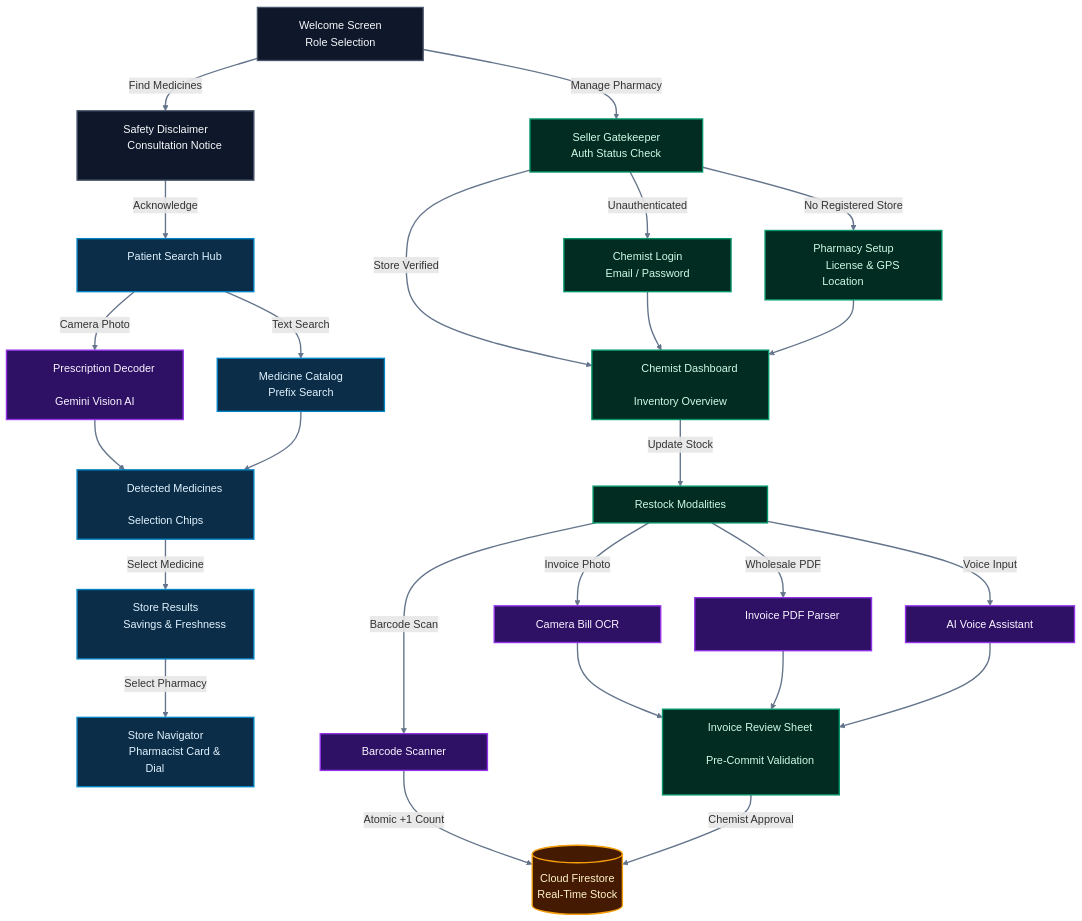
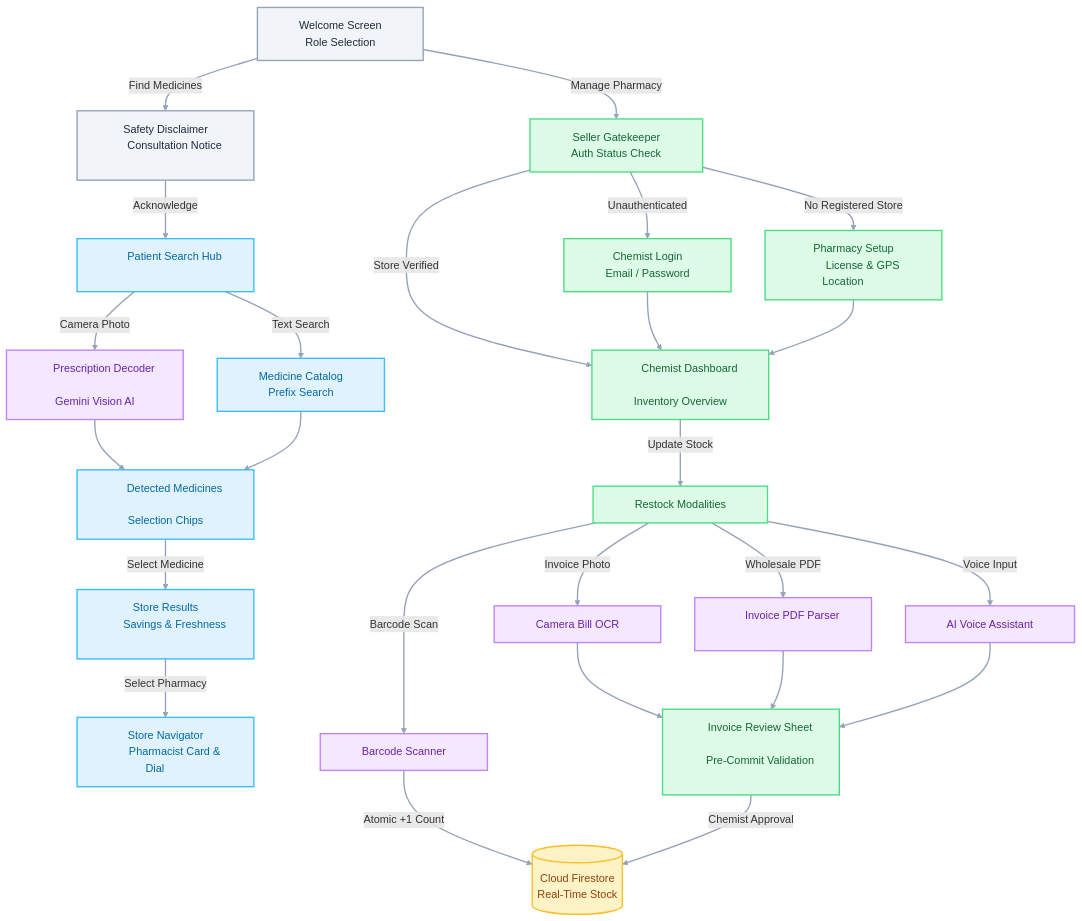
Before and after one commit to Parth-Chavan-15/MedSetu-TechSprint: the sixth of 6 diagrams in README.md, drawn with Mermaid. The commit also changed other lines of this file, not shown here.

Commit message:
style: apply soft pastel palettes across all diagrams and wrap large flowcharts in expandable details blocks

````diff
--- a/README.md
+++ b/README.md
@@ -394,47 +406,47 @@
 ```mermaid
 flowchart TD
     WELCOME["&nbsp;&nbsp;&nbsp;&nbsp;&nbsp;&nbsp; Welcome Screen &nbsp;&nbsp;&nbsp;&nbsp;&nbsp;&nbsp;<br/>&nbsp;&nbsp;&nbsp;&nbsp;&nbsp;&nbsp; Role Selection &nbsp;&nbsp;&nbsp;&nbsp;&nbsp;&nbsp;"] -->|Find Medicines| MODAL["&nbsp;&nbsp;&nbsp;&nbsp;&nbsp;&nbsp; Safety Disclaimer &nbsp;&nbsp;&nbsp;&nbsp;&nbsp;&nbsp;<br/>&nbsp;&nbsp;&nbsp;&nbsp;&nbsp;&nbsp; Consultation Notice &nbsp;&nbsp;&nbsp;&nbsp;&nbsp;&nbsp;"]
     WELCOME -->|Manage Pharmacy| GATE["&nbsp;&nbsp;&nbsp;&nbsp;&nbsp;&nbsp; Seller Gatekeeper &nbsp;&nbsp;&nbsp;&nbsp;&nbsp;&nbsp;<br/>&nbsp;&nbsp;&nbsp;&nbsp;&nbsp;&nbsp; Auth Status Check &nbsp;&nbsp;&nbsp;&nbsp;&nbsp;&nbsp;"]
 
     MODAL -->|Acknowledge| PS_HUB["&nbsp;&nbsp;&nbsp;&nbsp;&nbsp;&nbsp; Patient Search Hub &nbsp;&nbsp;&nbsp;&nbsp;&nbsp;&nbsp;"]
     PS_HUB -->|Camera Photo| RX_DEC["&nbsp;&nbsp;&nbsp;&nbsp;&nbsp;&nbsp; Prescription Decoder &nbsp;&nbsp;&nbsp;&nbsp;&nbsp;&nbsp;<br/>&nbsp;&nbsp;&nbsp;&nbsp;&nbsp;&nbsp; Gemini Vision AI &nbsp;&nbsp;&nbsp;&nbsp;&nbsp;&nbsp;"]
     PS_HUB -->|Text Search| TXT_MATCH["&nbsp;&nbsp;&nbsp;&nbsp;&nbsp;&nbsp; Medicine Catalog &nbsp;&nbsp;&nbsp;&nbsp;&nbsp;&nbsp;<br/>&nbsp;&nbsp;&nbsp;&nbsp;&nbsp;&nbsp; Prefix Search &nbsp;&nbsp;&nbsp;&nbsp;&nbsp;&nbsp;"]
     RX_DEC --> CHIPS["&nbsp;&nbsp;&nbsp;&nbsp;&nbsp;&nbsp; Detected Medicines &nbsp;&nbsp;&nbsp;&nbsp;&nbsp;&nbsp;<br/>&nbsp;&nbsp;&nbsp;&nbsp;&nbsp;&nbsp; Selection Chips &nbsp;&nbsp;&nbsp;&nbsp;&nbsp;&nbsp;"]
     TXT_MATCH --> CHIPS
 
     CHIPS -->|Select Medicine| RESULTS["&nbsp;&nbsp;&nbsp;&nbsp;&nbsp;&nbsp; Store Results &nbsp;&nbsp;&nbsp;&nbsp;&nbsp;&nbsp;<br/>&nbsp;&nbsp;&nbsp;&nbsp;&nbsp;&nbsp; Savings & Freshness &nbsp;&nbsp;&nbsp;&nbsp;&nbsp;&nbsp;"]
     RESULTS -->|Select Pharmacy| NAV["&nbsp;&nbsp;&nbsp;&nbsp;&nbsp;&nbsp; Store Navigator &nbsp;&nbsp;&nbsp;&nbsp;&nbsp;&nbsp;<br/>&nbsp;&nbsp;&nbsp;&nbsp;&nbsp;&nbsp; Pharmacist Card & Dial &nbsp;&nbsp;&nbsp;&nbsp;&nbsp;&nbsp;"]
 
     GATE -->|Unauthenticated| LOGIN["&nbsp;&nbsp;&nbsp;&nbsp;&nbsp;&nbsp; Chemist Login &nbsp;&nbsp;&nbsp;&nbsp;&nbsp;&nbsp;<br/>&nbsp;&nbsp;&nbsp;&nbsp;&nbsp;&nbsp; Email / Password &nbsp;&nbsp;&nbsp;&nbsp;&nbsp;&nbsp;"]
     GATE -->|No Registered Store| REG["&nbsp;&nbsp;&nbsp;&nbsp;&nbsp;&nbsp; Pharmacy Setup &nbsp;&nbsp;&nbsp;&nbsp;&nbsp;&nbsp;<br/>&nbsp;&nbsp;&nbsp;&nbsp;&nbsp;&nbsp; License & GPS Location &nbsp;&nbsp;&nbsp;&nbsp;&nbsp;&nbsp;"]
     GATE -->|Store Verified| DASH["&nbsp;&nbsp;&nbsp;&nbsp;&nbsp;&nbsp; Chemist Dashboard &nbsp;&nbsp;&nbsp;&nbsp;&nbsp;&nbsp;<br/>&nbsp;&nbsp;&nbsp;&nbsp;&nbsp;&nbsp; Inventory Overview &nbsp;&nbsp;&nbsp;&nbsp;&nbsp;&nbsp;"]
 
     LOGIN --> DASH
     REG --> DASH
     DASH -->|Update Stock| SCAN["&nbsp;&nbsp;&nbsp;&nbsp;&nbsp;&nbsp; Restock Modalities &nbsp;&nbsp;&nbsp;&nbsp;&nbsp;&nbsp;"]
 
     SCAN -->|Invoice Photo| MOD_INV["&nbsp;&nbsp;&nbsp;&nbsp;&nbsp;&nbsp; Camera Bill OCR &nbsp;&nbsp;&nbsp;&nbsp;&nbsp;&nbsp;"]
     SCAN -->|Wholesale PDF| MOD_PDF["&nbsp;&nbsp;&nbsp;&nbsp;&nbsp;&nbsp; Invoice PDF Parser &nbsp;&nbsp;&nbsp;&nbsp;&nbsp;&nbsp;"]
     SCAN -->|Voice Input| MOD_VOICE["&nbsp;&nbsp;&nbsp;&nbsp;&nbsp;&nbsp; AI Voice Assistant &nbsp;&nbsp;&nbsp;&nbsp;&nbsp;&nbsp;"]
     SCAN -->|Barcode Scan| MOD_BC["&nbsp;&nbsp;&nbsp;&nbsp;&nbsp;&nbsp; Barcode Scanner &nbsp;&nbsp;&nbsp;&nbsp;&nbsp;&nbsp;"]
 
     MOD_INV --> IRS["&nbsp;&nbsp;&nbsp;&nbsp;&nbsp;&nbsp; Invoice Review Sheet &nbsp;&nbsp;&nbsp;&nbsp;&nbsp;&nbsp;<br/>&nbsp;&nbsp;&nbsp;&nbsp;&nbsp;&nbsp; Pre-Commit Validation &nbsp;&nbsp;&nbsp;&nbsp;&nbsp;&nbsp;"]
     MOD_PDF --> IRS
     MOD_VOICE --> IRS
     MOD_BC -->|Atomic +1 Count| SYNC[(" Cloud Firestore <br/> Real-Time Stock ")]
     IRS -->|Chemist Approval| SYNC
 
-    classDef welcome fill:#0F172A,stroke:#475569,color:#F8FAFC,stroke-width:2px;
-    classDef patient fill:#0C2D48,stroke:#0284C7,color:#E0F2FE,stroke-width:2px;
-    classDef chemist fill:#022C22,stroke:#059669,color:#D1FAE5,stroke-width:2px;
-    classDef ai fill:#2E1065,stroke:#9333EA,color:#FAF5FF,stroke-width:2px;
-    classDef sync fill:#451A03,stroke:#F59E0B,color:#FEF3C7,stroke-width:2px;
+    classDef welcome fill:#F1F5F9,stroke:#94A3B8,color:#1E293B,stroke-width:2px;
+    classDef patient fill:#E0F2FE,stroke:#38BDF8,color:#0369A1,stroke-width:2px;
+    classDef chemist fill:#DCFCE7,stroke:#4ADE80,color:#166534,stroke-width:2px;
+    classDef ai fill:#F3E8FF,stroke:#C084FC,color:#6B21A8,stroke-width:2px;
+    classDef sync fill:#FEF3C7,stroke:#FBBF24,color:#92400E,stroke-width:2px;
 
     class WELCOME,MODAL welcome;
     class PS_HUB,CHIPS,RESULTS,NAV,TXT_MATCH patient;
     class GATE,LOGIN,REG,DASH,SCAN,IRS chemist;
     class RX_DEC,MOD_INV,MOD_PDF,MOD_VOICE,MOD_BC ai;
     class SYNC sync;
 
-    linkStyle default stroke:#64748B,stroke-width:2px;
+    linkStyle default stroke:#94A3B8,stroke-width:2px;
 ```
````
